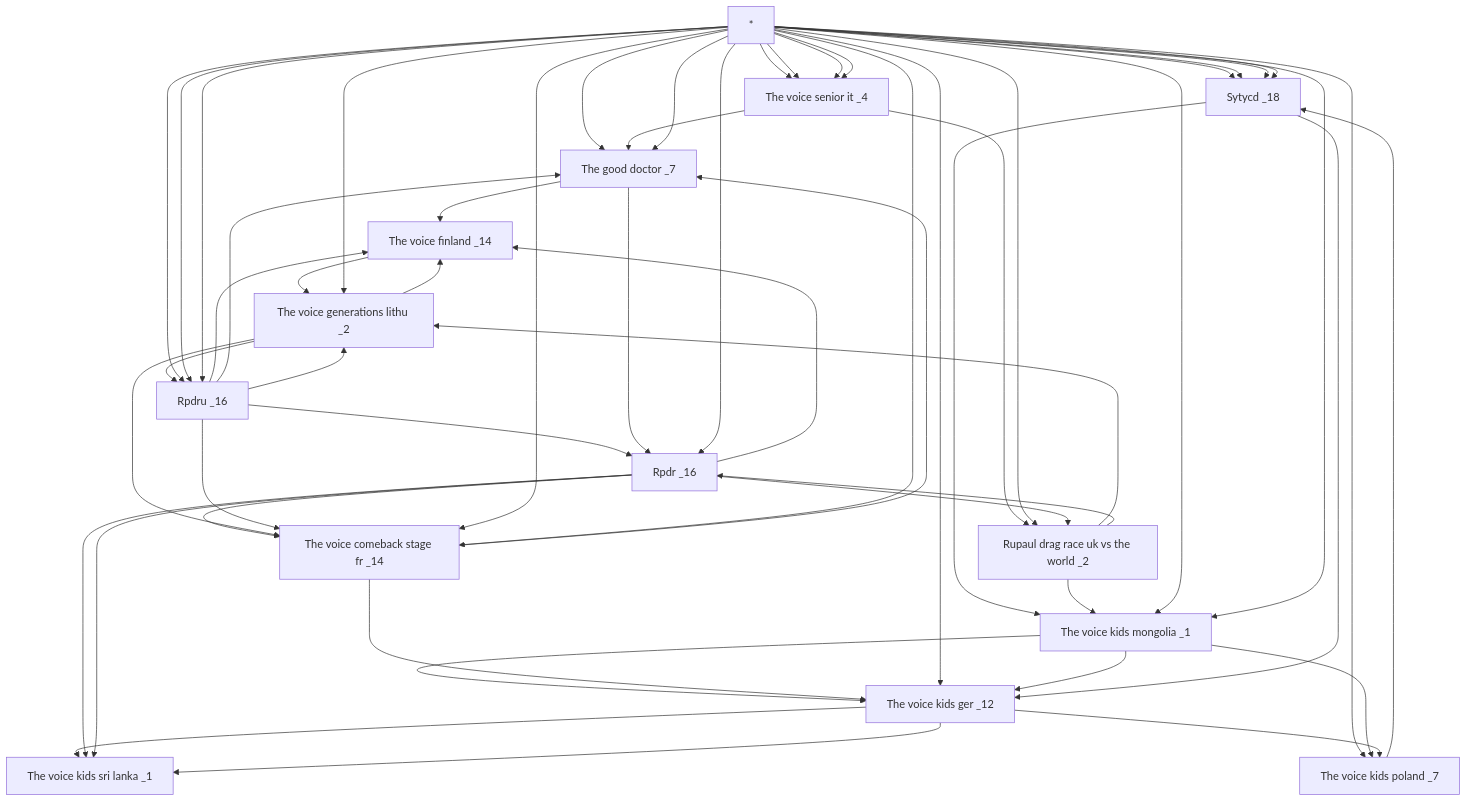
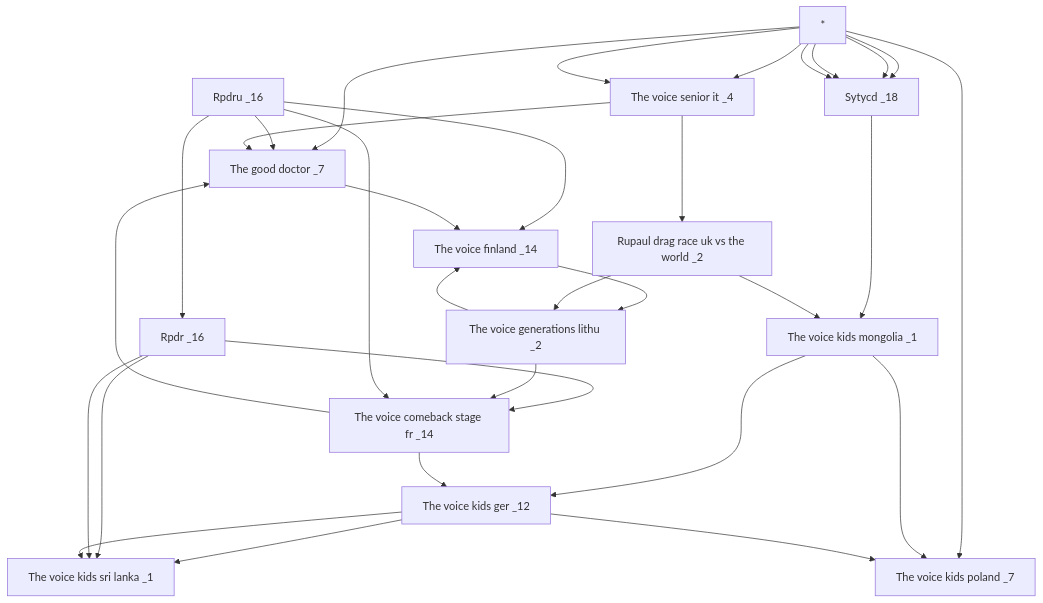
Before and after one commit to mell421/mermaid: the first of 3 diagrams in ajout.md, drawn with Mermaid.

````diff
--- a/ajout.md
+++ b/ajout.md
@@ -4,59 +4,36 @@
 ```mermaid
 flowchart TD
     M[*] --> D[Sytycd _18]
 M[*] --> E[The good doctor _7]
 G[The voice kids mongolia _1] --> I[The voice kids ger _12]
 H[The voice senior it _4] --> K[Rupaul drag race uk vs the world _2]
 Z[Rpdru _16] --> L[Rpdr _16]
 M[*] --> D[Sytycd _18]
 M[*] --> F[The voice kids poland _7]
 B[The voice comeback stage fr _14] --> E[The good doctor _7]
 I[The voice kids ger _12] --> A[The voice kids sri lanka _1]
 C[The voice finland _14] --> J[The voice generations lithu _2]
 L[Rpdr _16] --> B[The voice comeback stage fr _14]
 D[Sytycd _18] --> G[The voice kids mongolia _1]
 K[Rupaul drag race uk vs the world _2] --> J[The voice generations lithu _2]
 Z[Rpdru _16] --> C[The voice finland _14]
 M[*] --> H[The voice senior it _4]
 Z[Rpdru _16] --> E[The good doctor _7]
 L[Rpdr _16] --> A[The voice kids sri lanka _1]
 M[*] --> D[Sytycd _18]
 J[The voice generations lithu _2] --> C[The voice finland _14]
 G[The voice kids mongolia _1] --> F[The voice kids poland _7]
 B[The voice comeback stage fr _14] --> I[The voice kids ger _12]
 J[The voice generations lithu _2] --> B[The voice comeback stage fr _14]
 H[The voice senior it _4] --> E[The good doctor _7]
 L[Rpdr _16] --> A[The voice kids sri lanka _1]
 I[The voice kids ger _12] --> F[The voice kids poland _7]
 M[*] --> D[Sytycd _18]
 M[*] --> H[The voice senior it _4]
 K[Rupaul drag race uk vs the world _2] --> G[The voice kids mongolia _1]
 I[The voice kids ger _12] --> A[The voice kids sri lanka _1]
 Z[Rpdru _16] --> B[The voice comeback stage fr _14]
 E[The good doctor _7] --> C[The voice finland _14]
 
-M[*] --> G[The voice kids mongolia _1] 
-M[*] --> H[The voice senior it _4] 
-J[The voice generations lithu _2] --> Z[Rpdru _16] 
-M[*] --> B[The voice comeback stage fr _14] 
-M[*] --> I[The voice kids ger _12] 
-L[Rpdr _16] --> C[The voice finland _14] 
-E[The good doctor _7] --> L[Rpdr _16] 
-F[The voice kids poland _7] --> D[Sytycd _18] 
-M[*] --> K[Rupaul drag race uk vs the world _2] 
-M[*] --> Z[Rpdru _16] 
-M[*] --> Z[Rpdru _16] 
-K[Rupaul drag race uk vs the world _2] --> L[Rpdr _16] 
-M[*] --> J[The voice generations lithu _2] 
-M[*] --> G[The voice kids mongolia _1] 
-M[*] --> B[The voice comeback stage fr _14] 
-Z[Rpdru _16] --> J[The voice generations lithu _2] 
-M[*] --> H[The voice senior it _4] 
-M[*] --> L[Rpdr _16] 
-G[The voice kids mongolia _1] --> I[The voice kids ger _12] 
-L[Rpdr _16] --> K[Rupaul drag race uk vs the world _2] 
-D[Sytycd _18] --> I[The voice kids ger _12] 
-M[*] --> Z[Rpdru _16] 
-M[*] --> E[The good doctor _7] 
 
 ```
````
